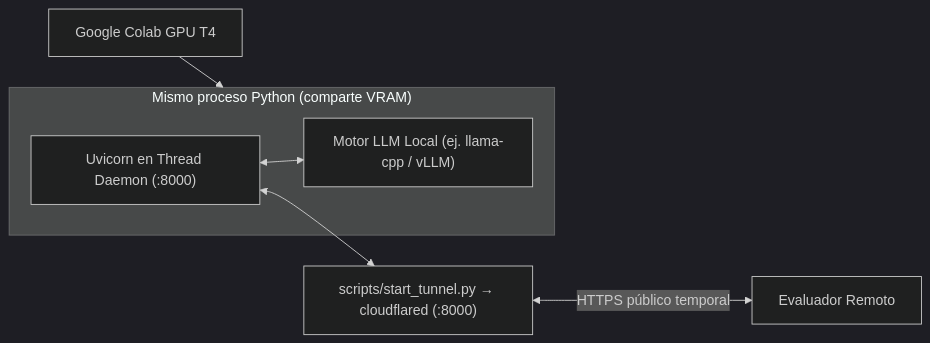
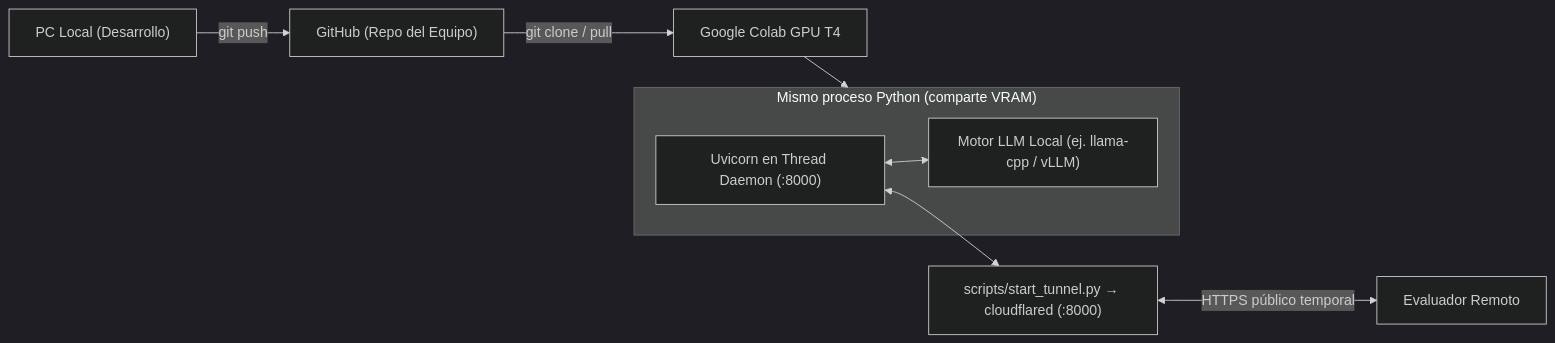
Before and after one commit to chebaperez/aieng-utn-rag-challenge: the third of 4 diagrams in ARCHITECTURE.md, drawn with Mermaid (dark theme). The commit also changed other lines of this file and 6 other files, not shown here.

Commit message:
feat: split Colab notebook into 5 cells with team repo sync_repo and auto-restart

````diff
--- a/ARCHITECTURE.md
+++ b/ARCHITECTURE.md
@@ -136,12 +136,13 @@
 ```mermaid
 flowchart LR
-    Colab["Google Colab GPU T4"]
+    DEV["PC Local (Desarrollo)"] -->|"git push"| GH["GitHub (Repo del Equipo)"]
+    GH -->|"git clone / pull"| Colab["Google Colab GPU T4"]
     subgraph Kernel["Mismo proceso Python (comparte VRAM)"]
         LLM["Motor LLM Local (ej. llama-cpp / vLLM)"]
         UV["Uvicorn en Thread Daemon (:8000)"]
         UV <--> LLM
     end
     Colab --> Kernel
     UV <--> CF["scripts/start_tunnel.py → cloudflared (:8000)"]
     CF <-->|"HTTPS público temporal"| REM["Evaluador Remoto"]
 ```
````
